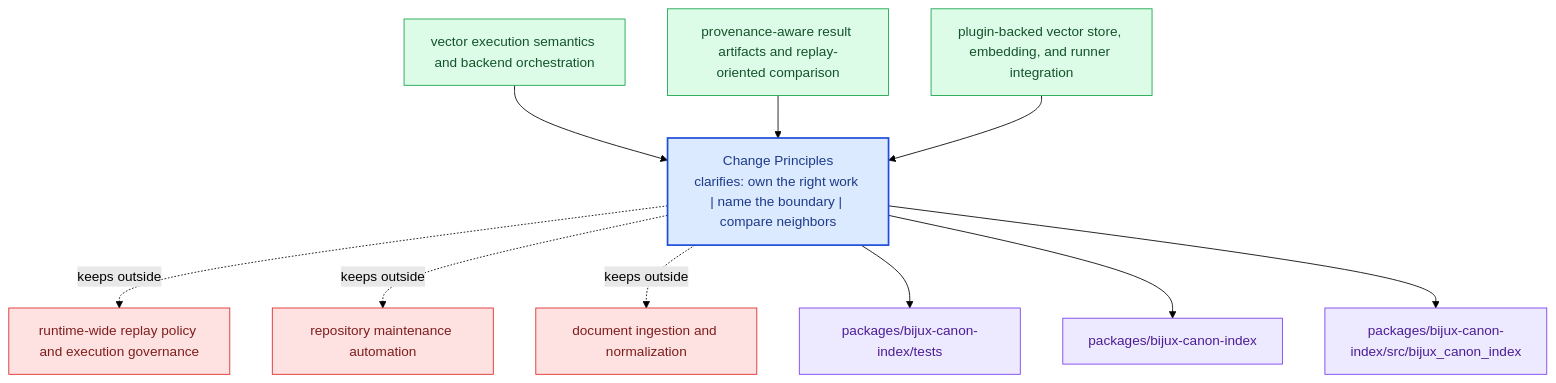
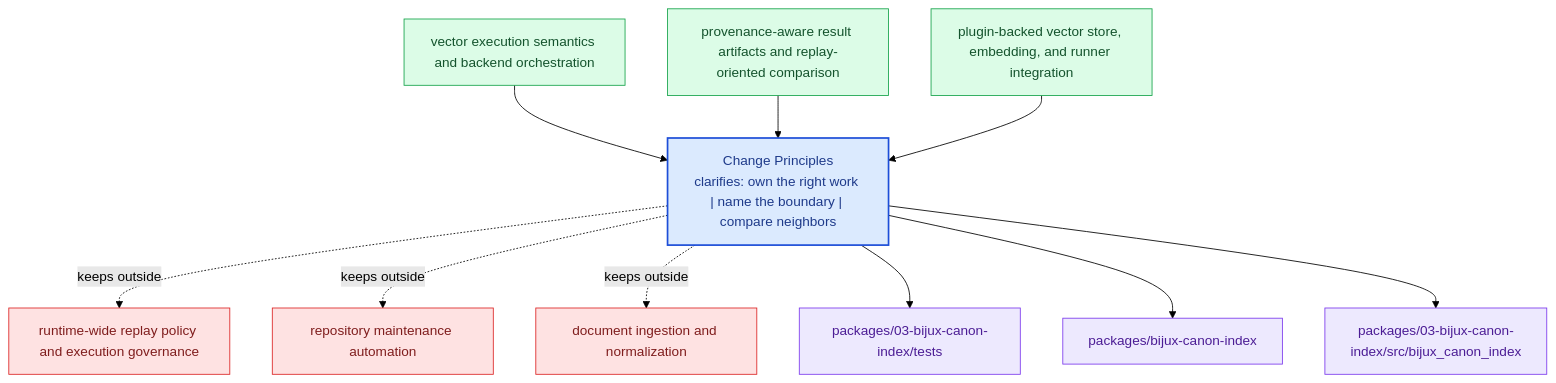
The diagram in docs/03-bijux-canon-index/foundation/change-principles.md (bijux/bijux-canon), drawn with Mermaid (forest theme) before and after one commit. The commit also changed other lines of this file and 167 other files, not shown here.

````diff
--- a/docs/03-bijux-canon-index/foundation/change-principles.md
+++ b/docs/03-bijux-canon-index/foundation/change-principles.md
@@ -24,31 +24,31 @@
 ```mermaid
 flowchart TB
     page["Change Principles<br/>clarifies: own the right work | name the boundary | compare neighbors"]
     classDef page fill:#dbeafe,stroke:#1d4ed8,color:#1e3a8a,stroke-width:2px;
     classDef positive fill:#dcfce7,stroke:#16a34a,color:#14532d;
     classDef caution fill:#fee2e2,stroke:#dc2626,color:#7f1d1d;
     classDef anchor fill:#ede9fe,stroke:#7c3aed,color:#4c1d95;
     classDef action fill:#fef3c7,stroke:#d97706,color:#7c2d12;
     own1["vector execution semantics and backend orchestration"]
     own1 --> page
     own2["provenance-aware result artifacts and replay-oriented comparison"]
     own2 --> page
     own3["plugin-backed vector store, embedding, and runner integration"]
     own3 --> page
     limit1["runtime-wide replay policy and execution governance"]
     page -.keeps outside.-> limit1
     limit2["repository maintenance automation"]
     page -.keeps outside.-> limit2
     limit3["document ingestion and normalization"]
     page -.keeps outside.-> limit3
-    anchor1["packages/bijux-canon-index/tests"]
+    anchor1["packages/03-bijux-canon-index/tests"]
     page --> anchor1
     anchor2["packages/bijux-canon-index"]
     page --> anchor2
-    anchor3["packages/bijux-canon-index/src/bijux_canon_index"]
+    anchor3["packages/03-bijux-canon-index/src/bijux_canon_index"]
     page --> anchor3
     class page page;
     class own1,own2,own3 positive;
     class limit1,limit2,limit3 caution;
     class anchor1,anchor2,anchor3 anchor;
 ```
````
